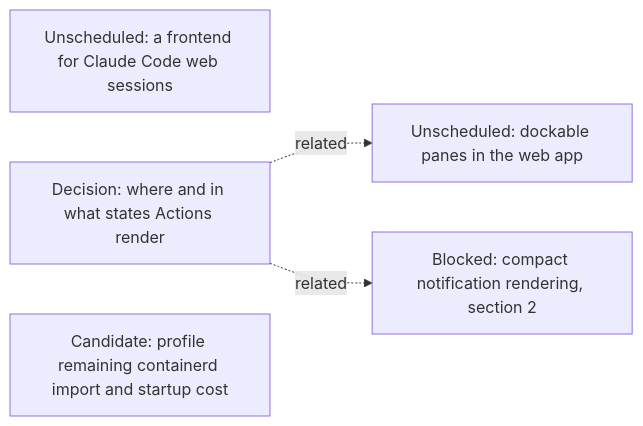
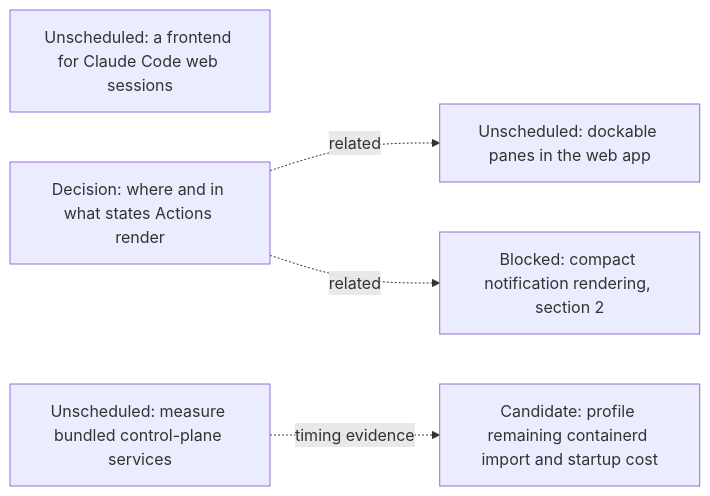
Before and after one commit to agentydragon-agent/ducktape: the seventh of 15 diagrams in agentplane/plans/task_dag.md, drawn with Mermaid. The commit also changed other lines of this file, not shown here.

First line of the commit message:
Plan bundled-service k3s performance spike (#10639)

````diff
--- a/agentplane/plans/task_dag.md
+++ b/agentplane/plans/task_dag.md
@@ -568,10 +568,12 @@
 ```mermaid
 flowchart LR
     CLAUDE_CODE_WEB_BRIDGE[Unscheduled: a frontend for Claude Code web sessions]
     ACTION_SURFACES_DESIGN[Decision: where and in what states Actions render]
     K3S_STARTUP_COST[Candidate: profile remaining containerd import and startup cost]
+    K3S_BUNDLED_SERVICES_SPIKE[Unscheduled: measure bundled control-plane services]
+    K3S_BUNDLED_SERVICES_SPIKE -. timing evidence .-> K3S_STARTUP_COST
     DOCKABLE_PANES[Unscheduled: dockable panes in the web app]
     ACTION_SURFACES_DESIGN -. related .-> DOCKABLE_PANES
     NOTIFICATION_PRESENTATION[Blocked: compact notification rendering, section 2]
     ACTION_SURFACES_DESIGN -. related .-> NOTIFICATION_PRESENTATION
 ```
````
